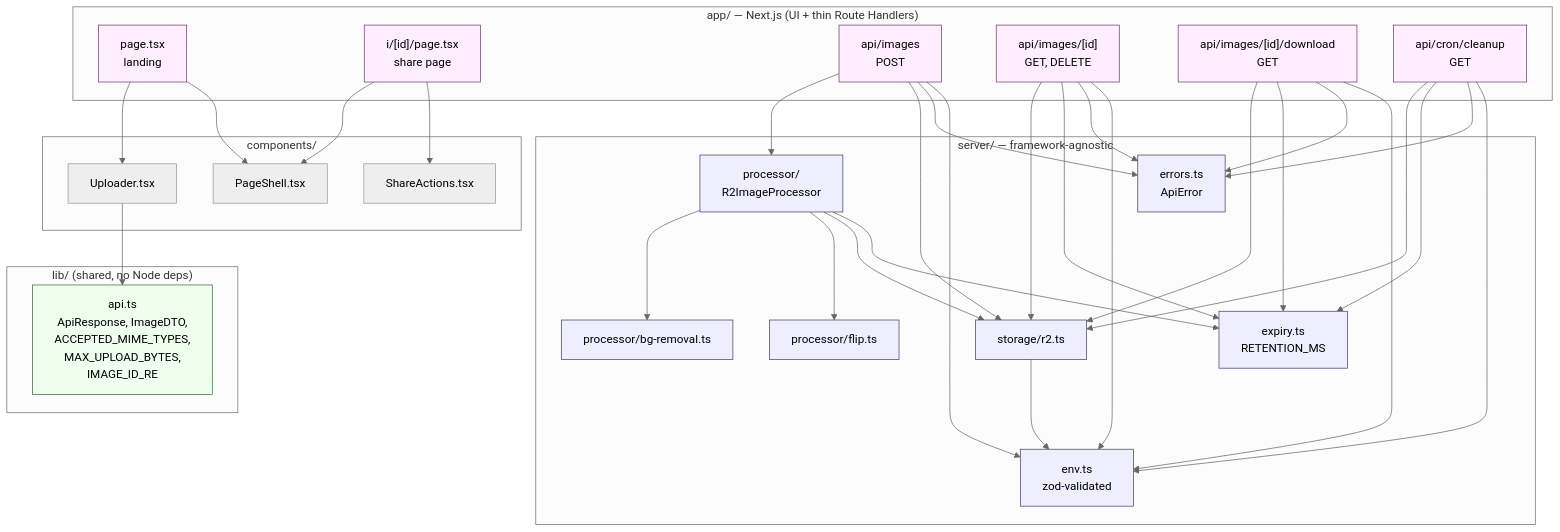
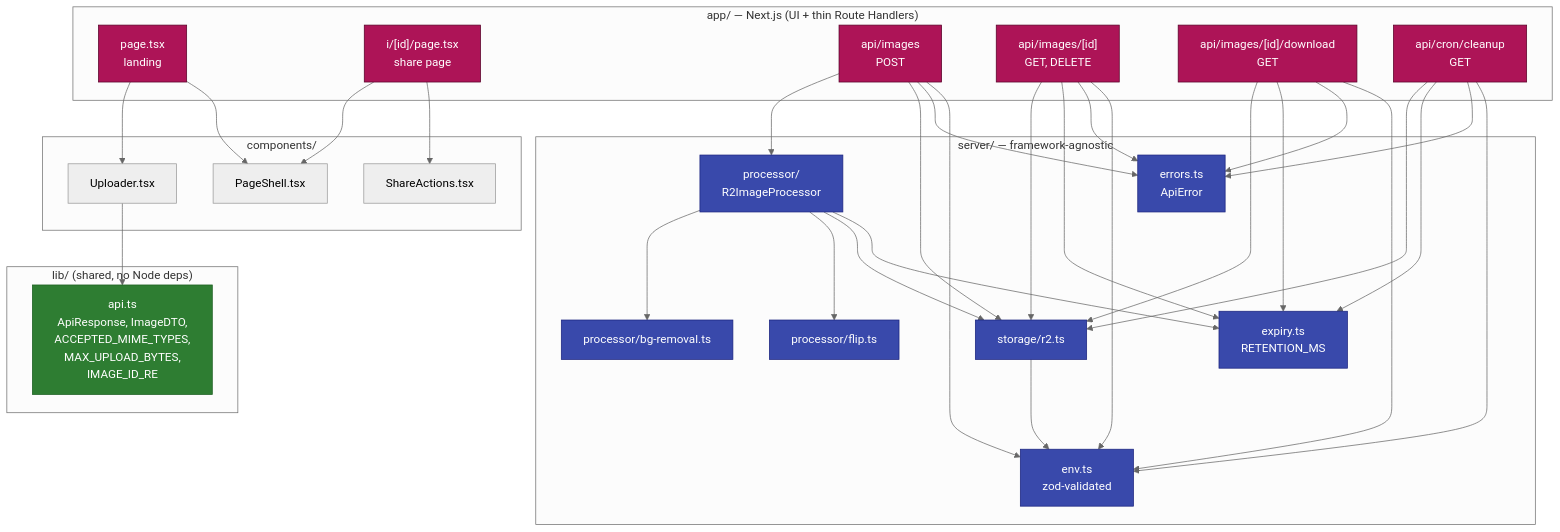
The second of 5 diagrams in docs/ARCHITECTURE.md (agustin-vaca/image-transformation), drawn with Mermaid (neutral theme) before and after one commit. The commit also changed other lines of this file, not shown here.

First line of the commit message:
fix(docs): mermaid rendering in ARCHITECTURE.md

````diff
--- a/docs/ARCHITECTURE.md
+++ b/docs/ARCHITECTURE.md
@@ -49,65 +49,65 @@
 ```mermaid
 flowchart TB
     subgraph app["app/ — Next.js (UI + thin Route Handlers)"]
         page[page.tsx<br/>landing]
         ipage["i/[id]/page.tsx<br/>share page"]
         upload["api/images<br/>POST"]
         meta["api/images/[id]<br/>GET, DELETE"]
         download["api/images/[id]/download<br/>GET"]
         cleanup[api/cron/cleanup<br/>GET]
     end
 
     subgraph components["components/"]
         uploader[Uploader.tsx]
         shell[PageShell.tsx]
         share[ShareActions.tsx]
     end
 
     subgraph lib["lib/ (shared, no Node deps)"]
         api["api.ts<br/>ApiResponse, ImageDTO,<br/>ACCEPTED_MIME_TYPES,<br/>MAX_UPLOAD_BYTES,<br/>IMAGE_ID_RE"]
     end
 
     subgraph server["server/ — framework-agnostic"]
         proc["processor/<br/>R2ImageProcessor"]
         bg[processor/bg-removal.ts]
         flip[processor/flip.ts]
         storage[storage/r2.ts]
         env[env.ts<br/>zod-validated]
         errors[errors.ts<br/>ApiError]
         expiry[expiry.ts<br/>RETENTION_MS]
     end
 
     page --> uploader
     page --> shell
     ipage --> shell
     ipage --> share
     uploader --> api
     upload --> proc
     upload --> storage
     meta --> storage
     meta --> expiry
     download --> storage
     download --> expiry
     cleanup --> storage
     cleanup --> expiry
     proc --> bg
     proc --> flip
     proc --> storage
     proc --> expiry
     upload --> errors
     meta --> errors
     download --> errors
     cleanup --> errors
     upload --> env
     meta --> env
     download --> env
     cleanup --> env
     storage --> env
 
-    classDef serverNode fill:#eef,stroke:#446
-    classDef appNode fill:#fef,stroke:#646
-    classDef libNode fill:#efe,stroke:#464
+    classDef serverNode fill:#3949ab,stroke:#1a237e,color:#fff
+    classDef appNode fill:#ad1457,stroke:#560027,color:#fff
+    classDef libNode fill:#2e7d32,stroke:#1b5e20,color:#fff
     class proc,bg,flip,storage,env,errors,expiry serverNode
     class page,ipage,upload,meta,download,cleanup appNode
     class api libNode
 ```
````
